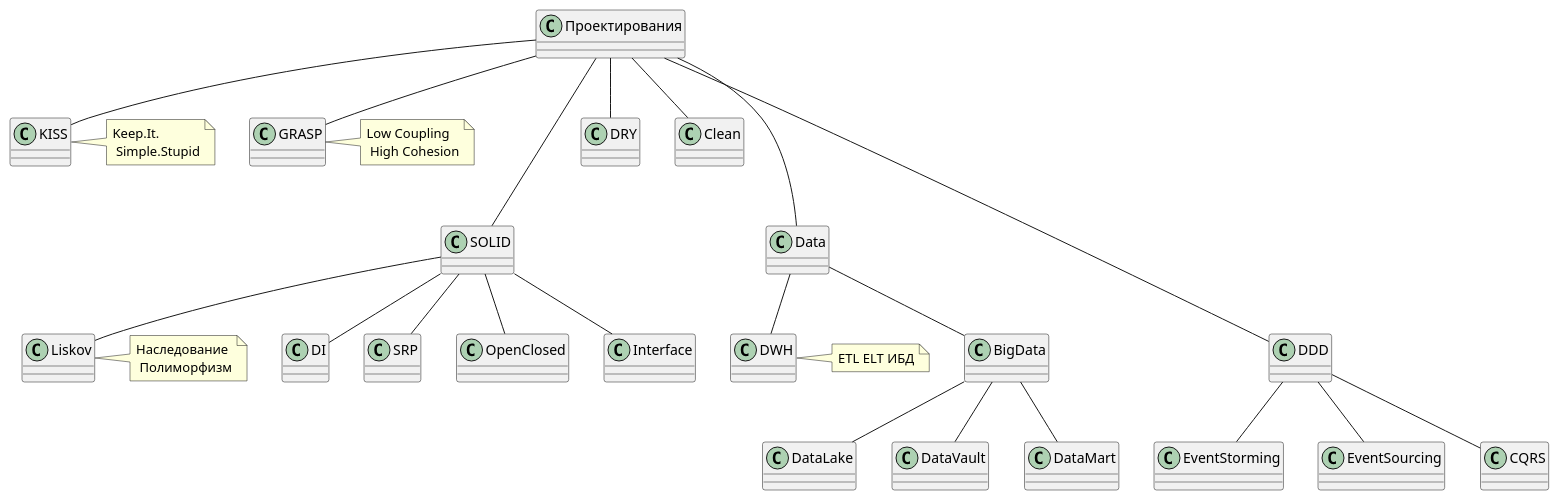
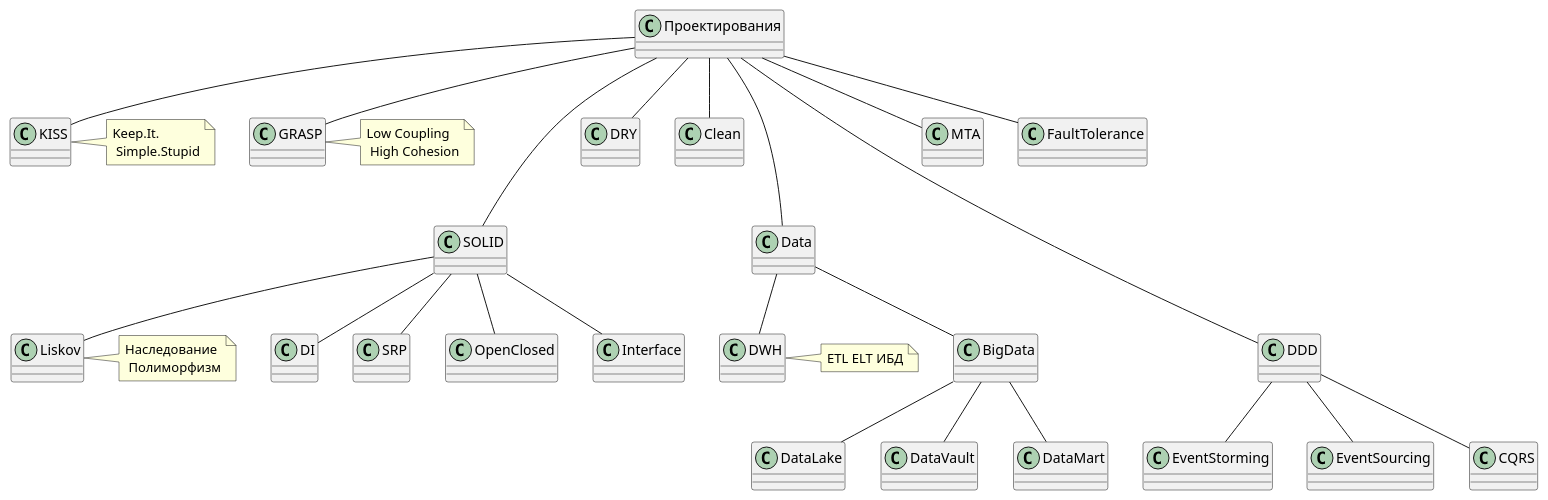
The third of 9 diagrams in arch/patterns.puml (daemon110282/daemon110282.github.io), drawn with PlantUML before and after one commit. The commit also changed other lines of this file and 32 other files, not shown here.

```diff
--- a/arch/patterns.puml
+++ b/arch/patterns.puml
@@ -45,29 +45,32 @@
 @startuml (id=system.design)
 
 Проектирования --- SOLID
 	SOLID -- DI
 	SOLID -- SRP
 	SOLID -- OpenClosed
 	SOLID -- Liskov
 	note right: Наследование \n Полиморфизм
 	SOLID -- Interface
 Проектирования -- DRY
 Проектирования -- KISS
 	note right: Keep.It. \n Simple.Stupid
 Проектирования -- GRASP
 	note right: Low Coupling \n High Cohesion 
 Проектирования -- Clean
 Проектирования --- Data
 	Data -- DWH
 	note right: ETL ELT ИБД
 	Data -- BigData
 	BigData -- DataLake
 	BigData -- DataVault
 	BigData -- DataMart
 
 Проектирования ---- DDD
 	DDD -- EventStorming
 	DDD -- EventSourcing
 	DDD -- CQRS
 
+Проектирования -- MTA
+Проектирования -- FaultTolerance
+
 @enduml
```
